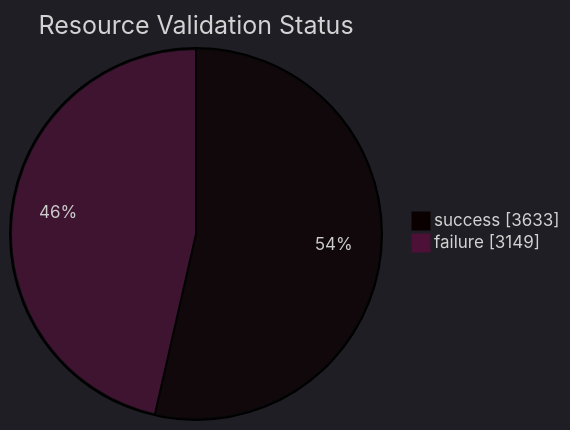
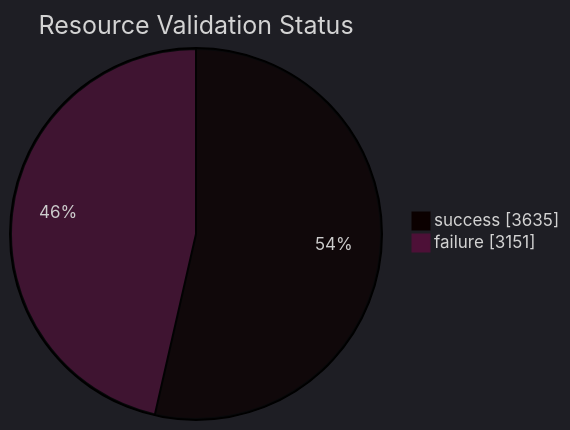
Before and after one commit to open-data/analytics-corporate-reporting: the diagram in datastore_tracker/resource_validation_status_pie_chart.md, drawn with Mermaid. The commit also changed 9 other files, not shown here.

````diff
--- a/datastore_tracker/resource_validation_status_pie_chart.md
+++ b/datastore_tracker/resource_validation_status_pie_chart.md
@@ -2,9 +2,9 @@
 ```mermaid
 ---
 config:
   theme: dark
 ---
 pie showData title Resource Validation Status
-    "success": 3633
-    "failure": 3149
+    "success": 3635
+    "failure": 3151
 ```
````
